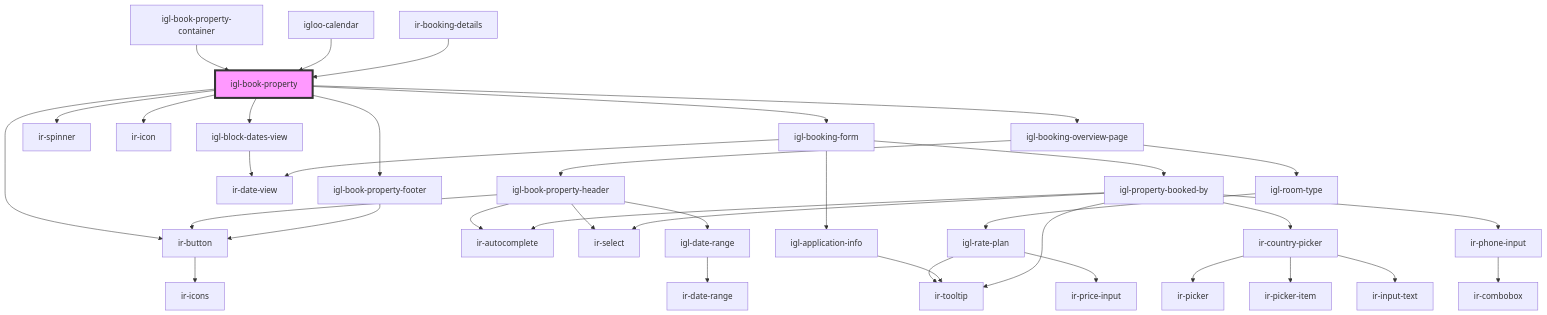
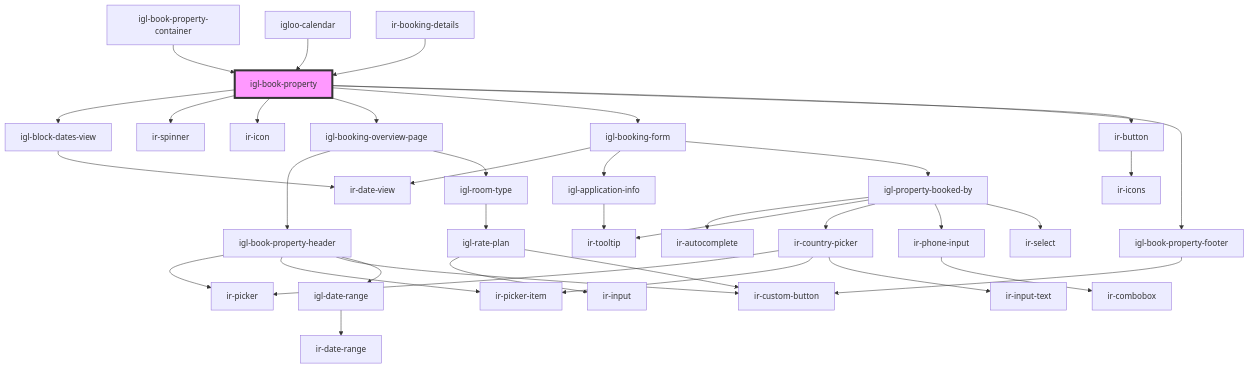
One commit to David1Chowaifaty/modified-ir-webcmp changed the diagram in src/components/igloo-calendar/igl-book-property/readme.md. Above: the diagram before and after it, drawn with Mermaid. The commit also changed 28 other files, not shown here.

First line of the commit message:
Refactor igl-book-property components to enhance functionality and styling

````diff
--- a/src/components/igloo-calendar/igl-book-property/readme.md
+++ b/src/components/igloo-calendar/igl-book-property/readme.md
@@ -53,40 +53,40 @@
 ```mermaid
 graph TD;
   igl-book-property --> igl-block-dates-view
   igl-book-property --> ir-spinner
   igl-book-property --> ir-icon
   igl-book-property --> igl-booking-overview-page
   igl-book-property --> igl-booking-form
   igl-book-property --> ir-button
   igl-book-property --> igl-book-property-footer
   igl-block-dates-view --> ir-date-view
   igl-booking-overview-page --> igl-book-property-header
   igl-booking-overview-page --> igl-room-type
-  igl-book-property-header --> ir-autocomplete
-  igl-book-property-header --> ir-select
-  igl-book-property-header --> ir-button
+  igl-book-property-header --> ir-picker
+  igl-book-property-header --> ir-picker-item
+  igl-book-property-header --> ir-custom-button
   igl-book-property-header --> igl-date-range
-  ir-button --> ir-icons
   igl-date-range --> ir-date-range
   igl-room-type --> igl-rate-plan
-  igl-rate-plan --> ir-tooltip
-  igl-rate-plan --> ir-price-input
+  igl-rate-plan --> ir-input
+  igl-rate-plan --> ir-custom-button
   igl-booking-form --> ir-date-view
   igl-booking-form --> igl-application-info
   igl-booking-form --> igl-property-booked-by
   igl-application-info --> ir-tooltip
   igl-property-booked-by --> ir-autocomplete
   igl-property-booked-by --> ir-tooltip
   igl-property-booked-by --> ir-country-picker
   igl-property-booked-by --> ir-phone-input
   igl-property-booked-by --> ir-select
   ir-country-picker --> ir-picker
   ir-country-picker --> ir-picker-item
   ir-country-picker --> ir-input-text
   ir-phone-input --> ir-combobox
-  igl-book-property-footer --> ir-button
+  ir-button --> ir-icons
+  igl-book-property-footer --> ir-custom-button
   igl-book-property-container --> igl-book-property
   igloo-calendar --> igl-book-property
   ir-booking-details --> igl-book-property
   style igl-book-property fill:#f9f,stroke:#333,stroke-width:4px
 ```
````
